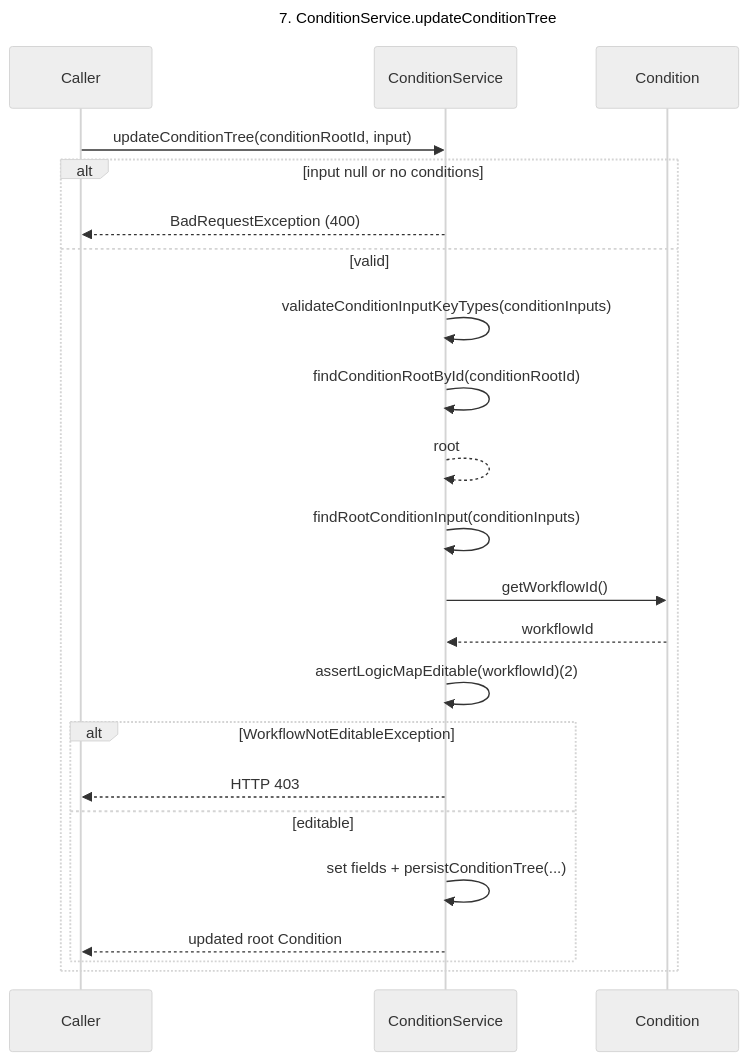
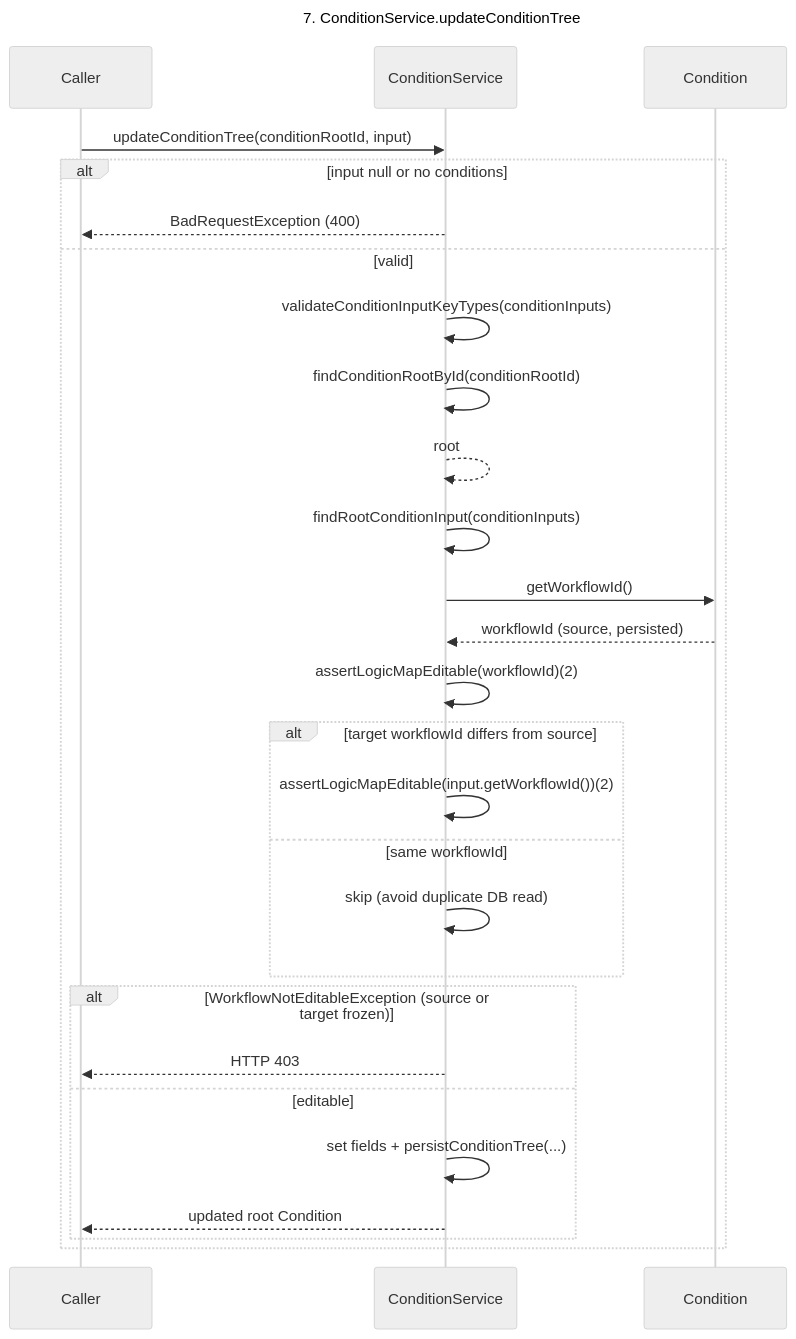
The seventh of 11 diagrams in adr/ADR-005-simulation-logic-map-editable-only-when-scheduled.md (OpenAEV-Platform/openaev), drawn with Mermaid (neutral theme) before and after one commit. The commit also changed 6 other files, not shown here.

````diff
--- a/adr/ADR-005-simulation-logic-map-editable-only-when-scheduled.md
+++ b/adr/ADR-005-simulation-logic-map-editable-only-when-scheduled.md
@@ -318,29 +318,34 @@
 ```mermaid
 sequenceDiagram
 title 7. ConditionService.updateConditionTree
     participant Caller
     participant ConditionService
     participant Condition
 
     Caller->>ConditionService: updateConditionTree(conditionRootId, input)
 
     alt input null or no conditions
         ConditionService-->>Caller: BadRequestException (400)
     else valid
         ConditionService->>ConditionService: validateConditionInputKeyTypes(conditionInputs)
         ConditionService->>ConditionService: findConditionRootById(conditionRootId)
         ConditionService-->>ConditionService: root
         ConditionService->>ConditionService: findRootConditionInput(conditionInputs)
 
-        %% --- Guard on the persisted root's workflow (authoritative, not client input) ---
+        %% --- Guard both source (persisted) and target (client-supplied) workflows ---
         ConditionService->>Condition: getWorkflowId()
-        Condition-->>ConditionService: workflowId
+        Condition-->>ConditionService: workflowId (source, persisted)
         ConditionService->>ConditionService: assertLogicMapEditable(workflowId)(2)
-        alt WorkflowNotEditableException
+        alt target workflowId differs from source
+            ConditionService->>ConditionService: assertLogicMapEditable(input.getWorkflowId())(2)
+        else same workflowId
+            ConditionService->>ConditionService: skip (avoid duplicate DB read)
+        end
+        alt WorkflowNotEditableException (source or target frozen)
             ConditionService-->>Caller: HTTP 403
         else editable
             ConditionService->>ConditionService: set fields + persistConditionTree(...)
             ConditionService-->>Caller: updated root Condition
         end
     end
 ```
````
